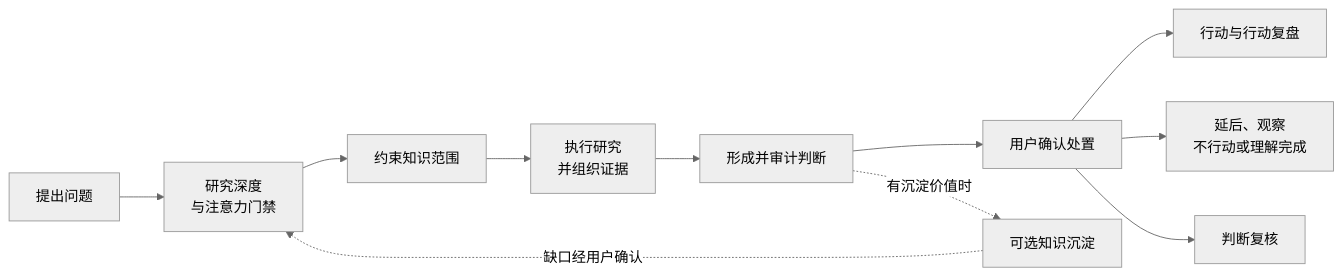
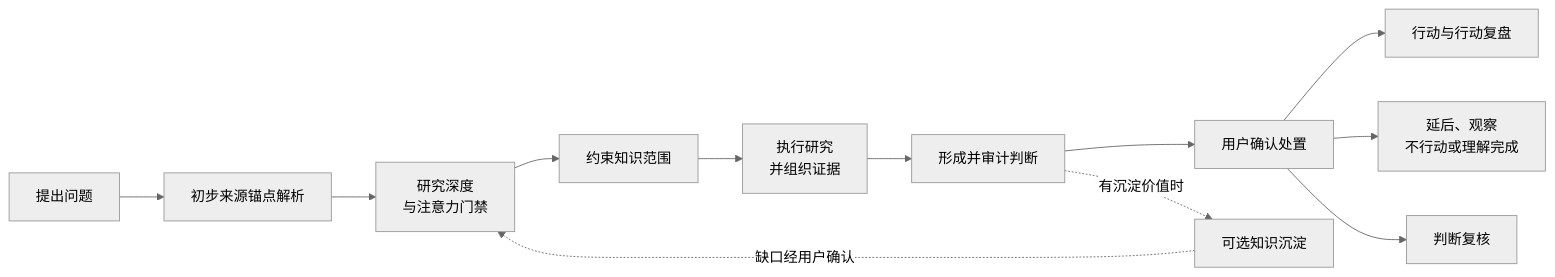
The second of 5 diagrams in docs/BUSINESS_ARCHITECTURE.md (baijianqing/yantie-history), drawn with Mermaid (neutral theme) before and after one commit. The commit also changed other lines of this file, not shown here.

Commit message:
docs: finalize Core Alpha business architecture

````diff
--- a/docs/BUSINESS_ARCHITECTURE.md
+++ b/docs/BUSINESS_ARCHITECTURE.md
@@ -247,20 +289,21 @@
 ```mermaid
 flowchart LR
     Q["提出问题"]
+    ANCHOR["初步来源锚点解析"]
     ATTENTION["研究深度<br/>与注意力门禁"]
     SCOPE["约束知识范围"]
     RESEARCH["执行研究<br/>并组织证据"]
     JUDGMENT["形成并审计判断"]
     DISPOSITION["用户确认处置"]
     ACTION["行动与行动复盘"]
     CLOSURE["延后、观察<br/>不行动或理解完成"]
     REVIEW["判断复核"]
     KNOWLEDGE["可选知识沉淀"]
 
-    Q --> ATTENTION --> SCOPE --> RESEARCH --> JUDGMENT --> DISPOSITION
+    Q --> ANCHOR --> ATTENTION --> SCOPE --> RESEARCH --> JUDGMENT --> DISPOSITION
     DISPOSITION --> ACTION
     DISPOSITION --> CLOSURE
     DISPOSITION --> REVIEW
     JUDGMENT -. "有沉淀价值时" .-> KNOWLEDGE
     KNOWLEDGE -. "缺口经用户确认" .-> ATTENTION
 ```
````
